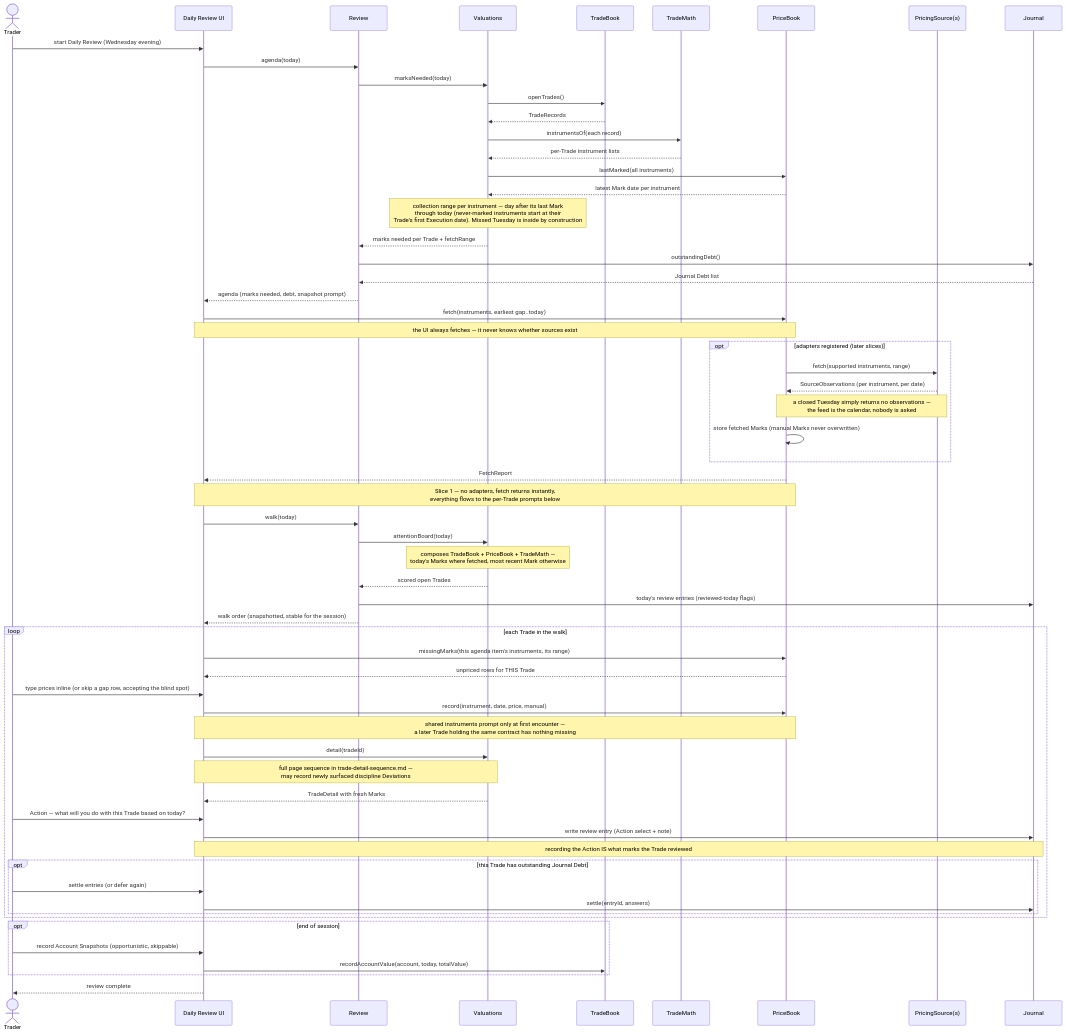
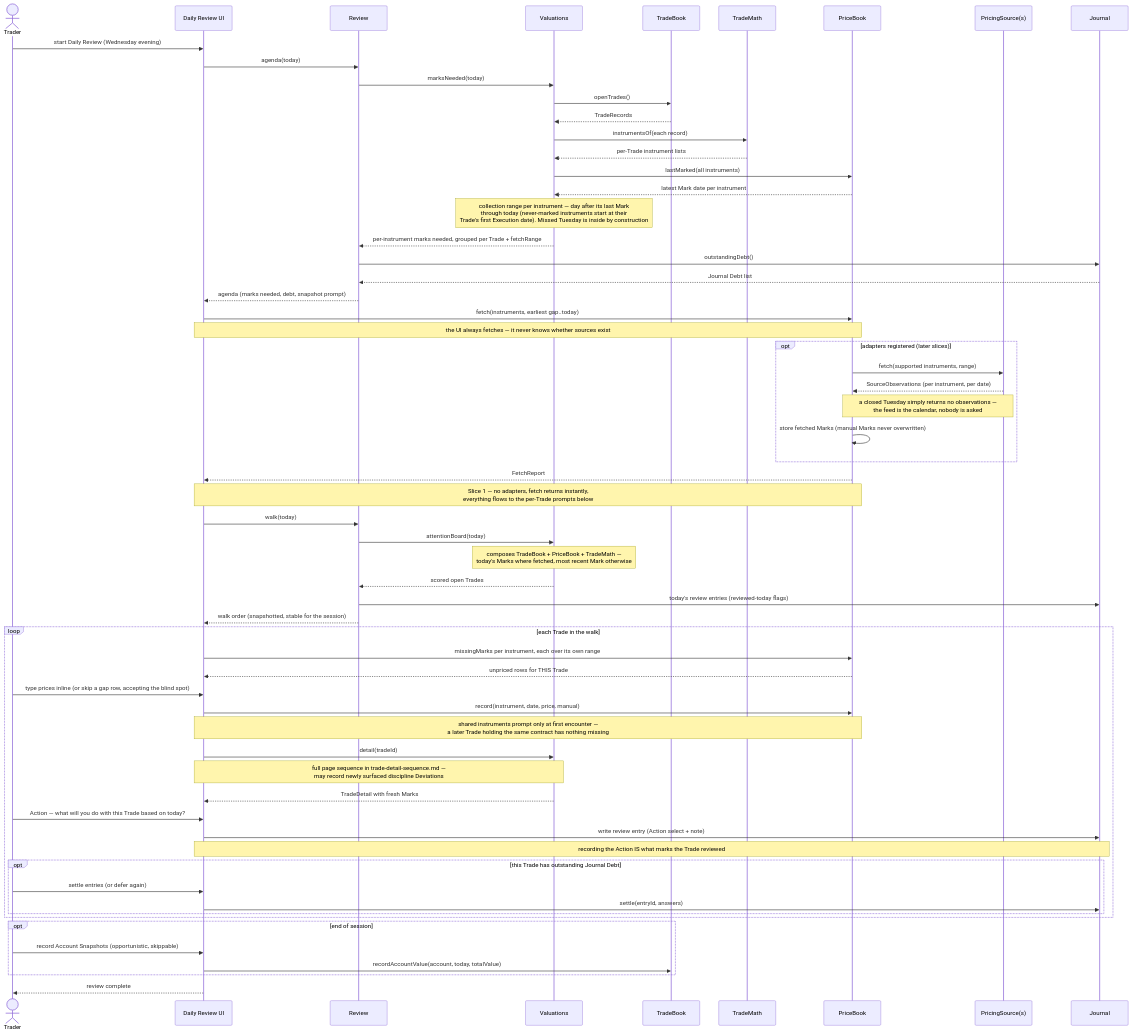
One commit to ckolbegger/trade-journal-v3 changed the first of 2 diagrams in docs/design/review.md. Above: the diagram before and after it, drawn with Mermaid. The commit also changed other lines of this file and 2 other files, not shown here.

First line of the commit message:
Ruling: ReviewAgenda.marksNeeded carries per-instrument ranges

````diff
--- a/docs/design/review.md
+++ b/docs/design/review.md
@@ -51,69 +54,69 @@
 ```mermaid
 sequenceDiagram
     actor T as Trader
     participant UI as Daily Review UI
     participant R as Review
     participant V as Valuations
     participant TB as TradeBook
     participant TM as TradeMath
     participant PB as PriceBook
     participant PS as PricingSource(s)
     participant J as Journal
 
     T->>UI: start Daily Review (Wednesday evening)
     UI->>R: agenda(today)
     R->>V: marksNeeded(today)
     V->>TB: openTrades()
     TB-->>V: TradeRecords
     V->>TM: instrumentsOf(each record)
     TM-->>V: per-Trade instrument lists
     V->>PB: lastMarked(all instruments)
     PB-->>V: latest Mark date per instrument
     Note over V: collection range per instrument — day after its last Mark<br/>through today (never-marked instruments start at their<br/>Trade's first Execution date). Missed Tuesday is inside by construction
-    V-->>R: marks needed per Trade + fetchRange
+    V-->>R: per-instrument marks needed, grouped per Trade + fetchRange
     R->>J: outstandingDebt()
     J-->>R: Journal Debt list
     R-->>UI: agenda (marks needed, debt, snapshot prompt)
 
     UI->>PB: fetch(instruments, earliest gap..today)
     Note over UI,PB: the UI always fetches — it never knows whether sources exist
     opt adapters registered (later slices)
         PB->>PS: fetch(supported instruments, range)
         PS-->>PB: SourceObservations (per instrument, per date)
         Note over PB,PS: a closed Tuesday simply returns no observations —<br/>the feed is the calendar, nobody is asked
         PB->>PB: store fetched Marks (manual Marks never overwritten)
     end
     PB-->>UI: FetchReport
     Note over UI,PB: Slice 1 — no adapters, fetch returns instantly,<br/>everything flows to the per-Trade prompts below
 
     UI->>R: walk(today)
     R->>V: attentionBoard(today)
     Note over V: composes TradeBook + PriceBook + TradeMath —<br/>today's Marks where fetched, most recent Mark otherwise
     V-->>R: scored open Trades
     R->>J: today's review entries (reviewed-today flags)
     R-->>UI: walk order (snapshotted, stable for the session)
 
     loop each Trade in the walk
-        UI->>PB: missingMarks(this agenda item's instruments, its range)
+        UI->>PB: missingMarks per instrument, each over its own range
         PB-->>UI: unpriced rows for THIS Trade
         T->>UI: type prices inline (or skip a gap row, accepting the blind spot)
         UI->>PB: record(instrument, date, price, manual)
         Note over UI,PB: shared instruments prompt only at first encounter —<br/>a later Trade holding the same contract has nothing missing
         UI->>V: detail(tradeId)
         Note over UI,V: full page sequence in trade-detail-sequence.md —<br/>may record newly surfaced discipline Deviations
         V-->>UI: TradeDetail with fresh Marks
         T->>UI: Action — what will you do with this Trade based on today?
         UI->>J: write review entry (Action select + note)
         Note over UI,J: recording the Action IS what marks the Trade reviewed
         opt this Trade has outstanding Journal Debt
             T->>UI: settle entries (or defer again)
             UI->>J: settle(entryId, answers)
         end
     end
 
     opt end of session
         T->>UI: record Account Snapshots (opportunistic, skippable)
         UI->>TB: recordAccountValue(account, today, totalValue)
     end
     UI-->>T: review complete
 ```
````
